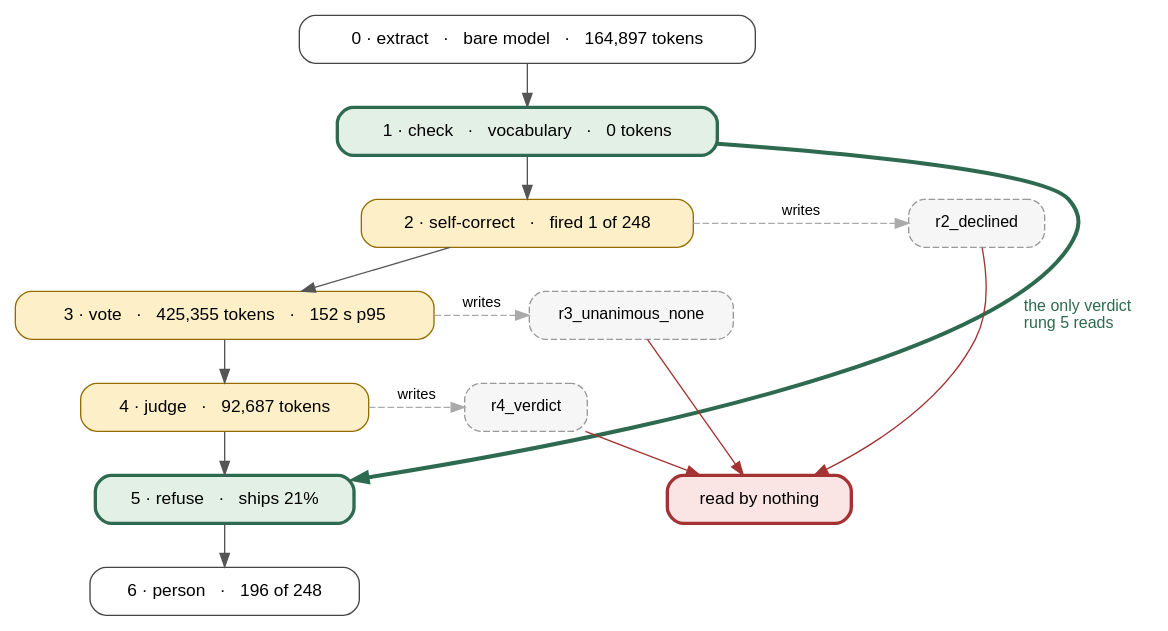
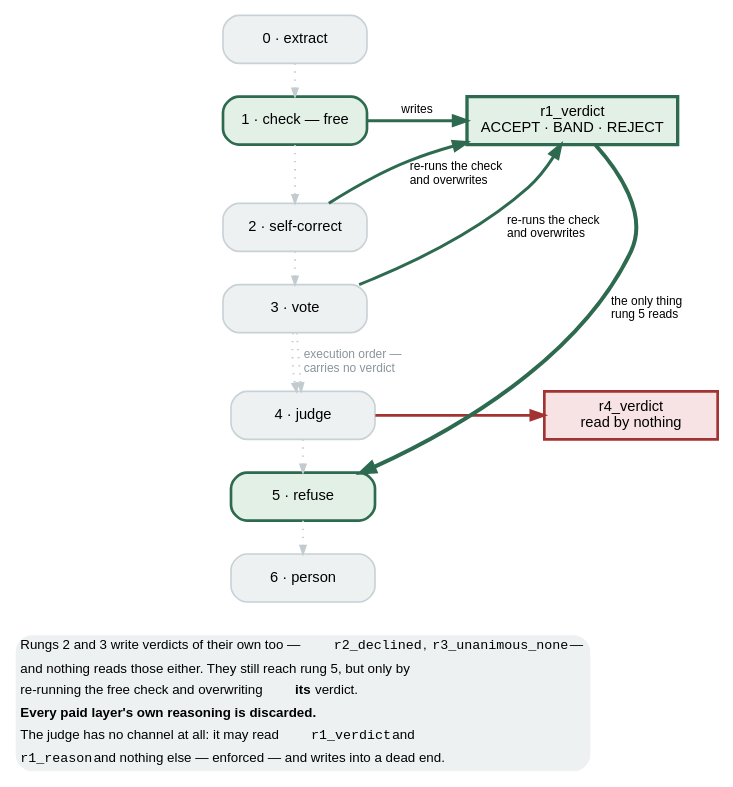
One commit to wbagais/reliability-ladder changed the diagram in docs/figures/fig1-wiring.dot. Above: the diagram before and after it, drawn with Graphviz. The commit also changed 3 other files, not shown here.

```diff
--- a/docs/figures/fig1-wiring.dot
+++ b/docs/figures/fig1-wiring.dot
@@ -1,36 +1,58 @@
+// What actually propagates up the ladder. Redrawn 2026-09-03.
+//
+// THE DEFECT IN THE PREVIOUS VERSION: it drew execution order and data flow as
+// the same kind of arrow, in a diagram whose entire subject is what reads what.
+// A reader could only conclude the judge reads from the vote. It does not: r4's
+// input boundary is ENFORCED to `r1_verdict` and `r1_reason` and nothing else
+// (ladder/rungs/r4.py:24). Execution order is now dotted grey and labelled;
+// every solid arrow is a real read or write.
+//
+// IT ALSO MISSED THE FINDING. The old figure showed three orphaned fields. But
+// rungs 2 and 3 RE-RUN `r1.zone()` after changing a code and overwrite
+// `r1_verdict` (r2.py:451, r3.py:218) — so they do reach rung 5, through the
+// free check's channel rather than their own. Rung 4 alone has no channel.
+//
+// COLOUR KEY: green #2d6a4f the free check and its channel · red #a33333 dead
+// end · grey execution order, which carries no information.
 digraph wiring {
-  rankdir=TB;
-  bgcolor="white";
-  node [shape=box style="rounded,filled" fontname="Helvetica" fontsize=13 margin="0.22,0.14"];
-  edge [fontname="Helvetica" fontsize=11 color="#555555"];
-  graph [nodesep=0.5 ranksep=0.45];
+  rankdir=TB; bgcolor="white"; ranksep=0.34; nodesep=0.5;
+  node [shape=box style="filled,rounded" fontname="Helvetica" fontsize=11
+        fillcolor="#eef1f2" color="#c8d1d5" penwidth=1.2 width=1.5];
+  edge [fontname="Helvetica" fontsize=9];
 
-  R0 [label="0 · extract   ·   bare model   ·   164,897 tokens" fillcolor="#ffffff" color="#444444"];
-  R1 [label="1 · check   ·   vocabulary   ·   0 tokens" fillcolor="#e3f0e6" color="#2d6a4f" penwidth=2.5];
-  R2 [label="2 · self-correct   ·   fired 1 of 248" fillcolor="#fdf0c8" color="#946c00"];
-  R3 [label="3 · vote   ·   425,355 tokens   ·   152 s p95" fillcolor="#fdf0c8" color="#946c00"];
-  R4 [label="4 · judge   ·   92,687 tokens" fillcolor="#fdf0c8" color="#946c00"];
-  R5 [label="5 · refuse   ·   ships 21%" fillcolor="#e3f0e6" color="#2d6a4f" penwidth=2.5];
-  R6 [label="6 · person   ·   196 of 248" fillcolor="#ffffff" color="#444444"];
+  R0 [label="0 · extract"];
+  R1 [label="1 · check — free" fillcolor="#e3f0e6" color="#2d6a4f" penwidth=2];
+  R2 [label="2 · self-correct"];
+  R3 [label="3 · vote"];
+  R4 [label="4 · judge"];
+  R5 [label="5 · refuse" fillcolor="#e3f0e6" color="#2d6a4f" penwidth=2];
+  R6 [label="6 · person"];
+  R0 -> R1 -> R2 -> R3 -> R4 -> R5 -> R6
+     [style=dotted color="#c3cbcf" arrowsize=0.6 penwidth=1.4];
+  R3 -> R4 [style=dotted color="#c3cbcf" arrowsize=0.6 penwidth=1.4
+            label="  execution order —\l  carries no verdict\l" fontcolor="#8a959a"];
 
-  R0 -> R1 -> R2 -> R3 -> R4 -> R5 -> R6;
+  V [label="r1_verdict\nACCEPT · BAND · REJECT" fillcolor="#e3f0e6"
+     color="#2d6a4f" penwidth=2.5 style="filled" width=2.2];
+  D [label="r4_verdict\nread by nothing" fillcolor="#f7e3e3" color="#a33333"
+     penwidth=2 style="filled" width=1.8];
 
-  F2 [label="r2_declined" fillcolor="#f6f6f6" color="#999999" style="rounded,filled,dashed" fontsize=12];
-  F3 [label="r3_unanimous_none" fillcolor="#f6f6f6" color="#999999" style="rounded,filled,dashed" fontsize=12];
-  F4 [label="r4_verdict" fillcolor="#f6f6f6" color="#999999" style="rounded,filled,dashed" fontsize=12];
-  NR [label="read by nothing" fillcolor="#fbe4e4" color="#a33333" penwidth=2.5 fontsize=13];
+  R1 -> V [color="#2d6a4f" penwidth=2.2 label=" writes" constraint=false];
+  R2 -> V [color="#2d6a4f" penwidth=2.2 label=" re-runs the check\l and overwrites\l" constraint=false];
+  R3 -> V [color="#2d6a4f" penwidth=2.2 label=" re-runs the check\l and overwrites\l" constraint=false];
+  V -> R5 [color="#2d6a4f" penwidth=3 label="the only thing\lrung 5 reads\l" constraint=false labeldistance=2];
+  R4 -> D [color="#a33333" penwidth=2 constraint=false];
 
-  { rank=same; R2; F2; }
-  { rank=same; R3; F3; }
-  { rank=same; R4; F4; }
-
-  R2 -> F2 [style=dashed color="#aaaaaa" label="writes"];
-  R3 -> F3 [style=dashed color="#aaaaaa" label="writes"];
-  R4 -> F4 [style=dashed color="#aaaaaa" label="writes"];
-  F2 -> NR [color="#a33333"];
-  F3 -> NR [color="#a33333"];
-  F4 -> NR [color="#a33333"];
-
-  R1 -> R5 [color="#2d6a4f" penwidth=3 constraint=false
-            label="  the only verdict\l  rung 5 reads\l" fontcolor="#2d6a4f" fontsize=12];
+  note [shape=none margin=0 label=<
+    <TABLE BORDER="0" CELLBORDER="0" CELLSPACING="0" CELLPADDING="3">
+      <TR><TD ALIGN="LEFT"><FONT POINT-SIZE="10">Rungs 2 and 3 write verdicts of their own too — <FONT FACE="Courier">r2_declined</FONT>, <FONT FACE="Courier">r3_unanimous_none</FONT> —</FONT></TD></TR>
+      <TR><TD ALIGN="LEFT"><FONT POINT-SIZE="10">and nothing reads those either. They still reach rung 5, but only by</FONT></TD></TR>
+      <TR><TD ALIGN="LEFT"><FONT POINT-SIZE="10">re-running the free check and overwriting <B>its</B> verdict.</FONT></TD></TR>
+      <TR><TD ALIGN="LEFT"><FONT POINT-SIZE="10"><B>Every paid layer&#39;s own reasoning is discarded.</B></FONT></TD></TR>
+      <TR><TD ALIGN="LEFT"><FONT POINT-SIZE="10">The judge has no channel at all: it may read <FONT FACE="Courier">r1_verdict</FONT> and</FONT></TD></TR>
+      <TR><TD ALIGN="LEFT"><FONT POINT-SIZE="10"><FONT FACE="Courier">r1_reason</FONT> and nothing else — enforced — and writes into a dead end.</FONT></TD></TR>
+    </TABLE>>];
+  R6 -> note [style=invis];
+  {rank=same; R1; V;}
+  {rank=same; R4; D;}
 }
```
